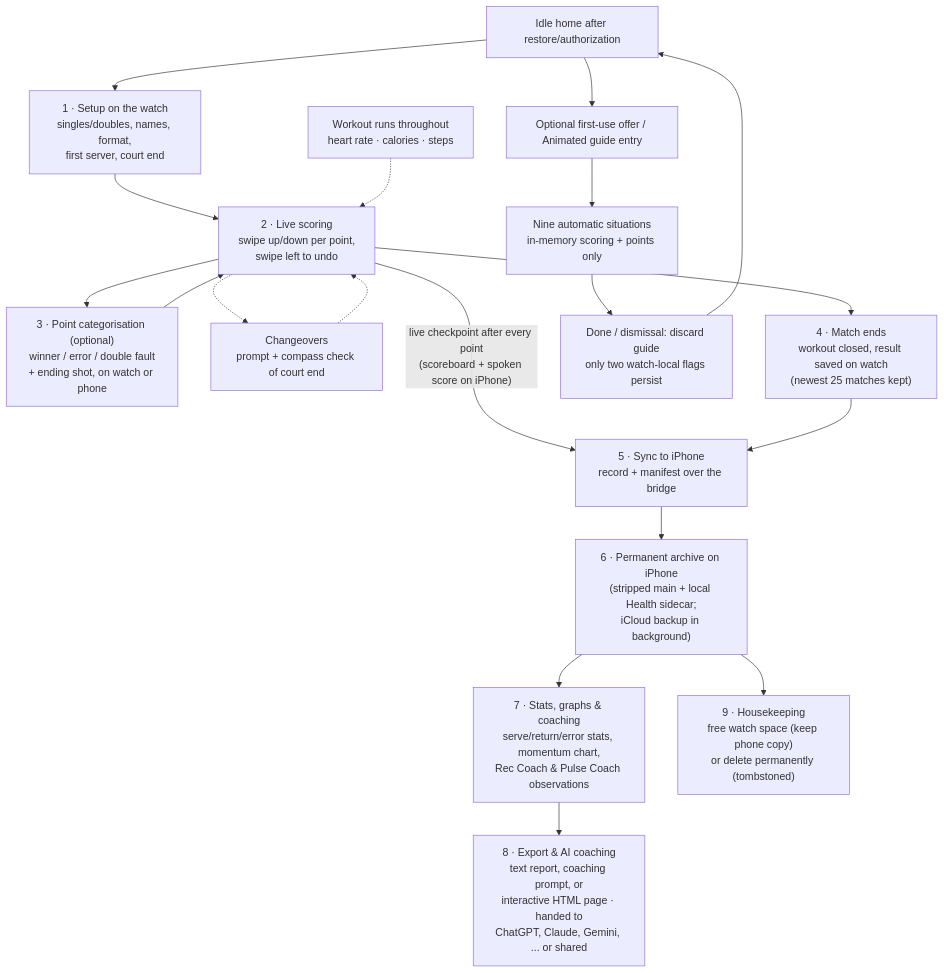
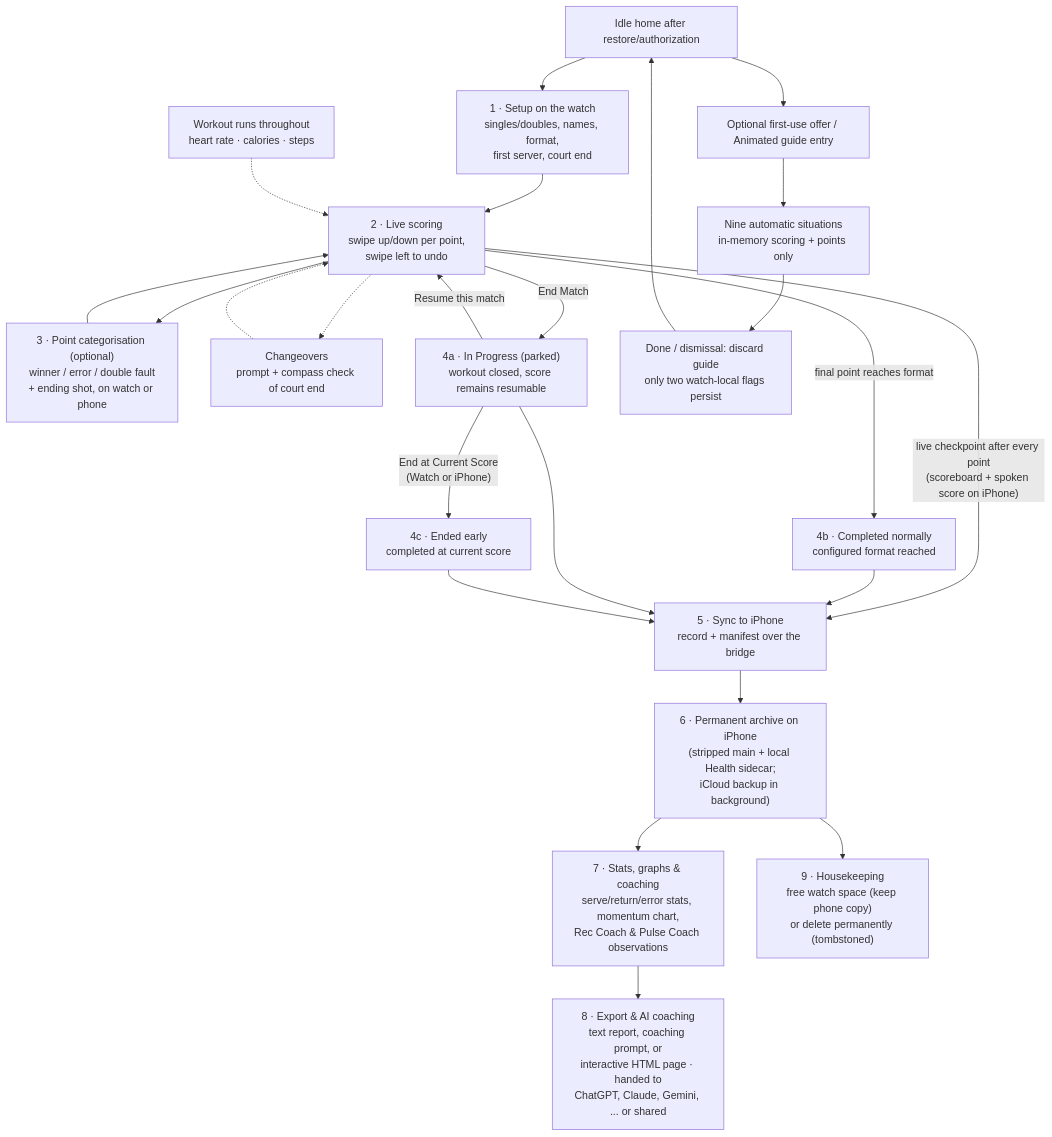
One commit to EMRahman/DeuceMate changed the first of 2 diagrams in docs/architecture/match-lifecycle.md. Above: the diagram before and after it, drawn with Mermaid. The commit also changed other lines of this file and 25 other files, not shown here.

Commit message:
[iOS/Watch] Stabilize deletion and complete matches at current score

````diff
--- a/docs/architecture/match-lifecycle.md
+++ b/docs/architecture/match-lifecycle.md
@@ -7,38 +7,45 @@
 ```mermaid
 flowchart TD
     SETUP["1 · Setup on the watch<br/>singles/doubles, names, format,<br/>first server, court end"]
     SCORE["2 · Live scoring<br/>swipe up/down per point,<br/>swipe left to undo"]
     CAT["3 · Point categorisation (optional)<br/>winner / error / double fault<br/>+ ending shot, on watch or phone"]
     HEALTH["Workout runs throughout<br/>heart rate · calories · steps"]
     CHANGE["Changeovers<br/>prompt + compass check of court end"]
-    END1["4 · Match ends<br/>workout closed, result saved on watch<br/>(newest 25 matches kept)"]
+    PARKED["4a · In Progress (parked)<br/>workout closed, score remains resumable"]
+    END1["4b · Completed normally<br/>configured format reached"]
+    EARLY["4c · Ended early<br/>completed at current score"]
     SYNC["5 · Sync to iPhone<br/>record + manifest over the bridge"]
     ARCHIVE["6 · Permanent archive on iPhone<br/>(stripped main + local Health sidecar;<br/>iCloud backup in background)"]
     INSIGHT["7 · Stats, graphs & coaching<br/>serve/return/error stats, momentum chart,<br/>Rec Coach & Pulse Coach observations"]
     EXPORT["8 · Export & AI coaching<br/>text report, coaching prompt, or<br/>interactive HTML page · handed to<br/>ChatGPT, Claude, Gemini, ... or shared"]
     MANAGE["9 · Housekeeping<br/>free watch space (keep phone copy)<br/>or delete permanently (tombstoned)"]
 
     HOME["Idle home after restore/authorization"]
     OFFER["Optional first-use offer / Animated guide entry"]
     GUIDE["Nine automatic situations<br/>in-memory scoring + points only"]
     DISCARD["Done / dismissal: discard guide<br/>only two watch-local flags persist"]
     HOME --> SETUP
     HOME --> OFFER
     OFFER --> GUIDE
     GUIDE --> DISCARD
     DISCARD --> HOME
 
     SETUP --> SCORE
     SCORE --> CAT
     CAT --> SCORE
     SCORE -.-> CHANGE
     CHANGE -.-> SCORE
     HEALTH -.-> SCORE
-    SCORE --> END1
+    SCORE -- "End Match" --> PARKED
+    PARKED -- "Resume this match" --> SCORE
+    SCORE -- "final point reaches format" --> END1
+    PARKED -- "End at Current Score<br/>(Watch or iPhone)" --> EARLY
     SCORE -- "live checkpoint after every point<br/>(scoreboard + spoken score on iPhone)" --> SYNC
     END1 --> SYNC
+    PARKED --> SYNC
+    EARLY --> SYNC
     SYNC --> ARCHIVE
     ARCHIVE --> INSIGHT
     INSIGHT --> EXPORT
     ARCHIVE --> MANAGE
 ```
````
